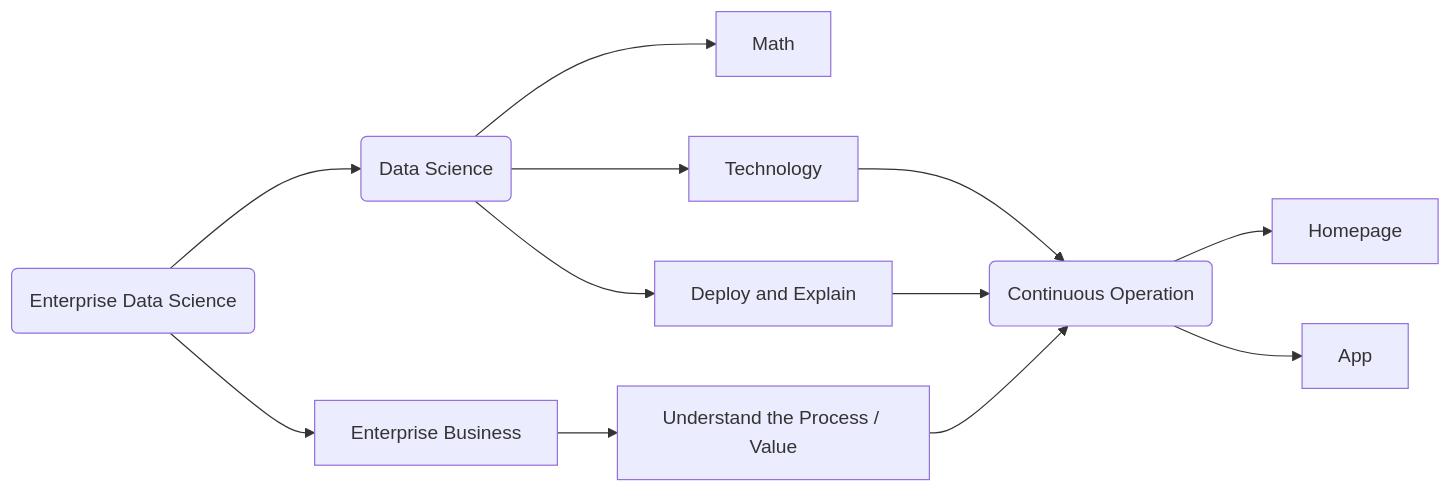
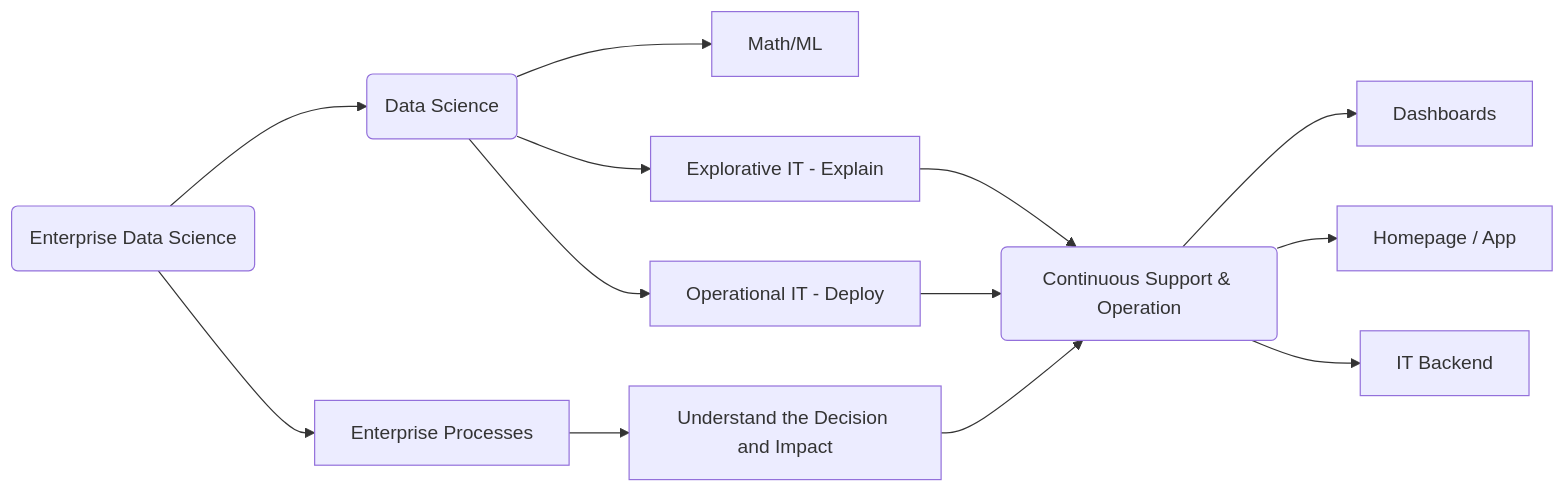
The diagram in docs/_docs/overview.md (kienlef/kienlef.github.io), drawn with Mermaid before and after one commit.

Commit message:
some more

````diff
--- a/docs/_docs/overview.md
+++ b/docs/_docs/overview.md
@@ -27,24 +27,26 @@
 ```mermaid
 graph LR;
     A0(Enterprise Data Science)
     B0(Data Science)
-    B1[Enterprise Business]
-    C0[Math]
-    C1[Technology]
-    C2[Deploy and Explain]
-    D0[Understand the Process / Value]
-    E0(Continuous Operation)
-    F0[Homepage]
-    F1[App]
+    B1[Enterprise Processes]
+    C0[Math/ML]
+    C1[Explorative IT - Explain]
+    C2[Operational IT - Deploy]
+    D0[Understand the Decision and Impact]
+    E0(Continuous Support & Operation)
+    F0[Dashboards]
+    F1[Homepage / App]
+    F2[IT Backend]
     A0-->B0;
     A0-->B1;
     B0-->C0;
     B0-->C1;
     B0-->C2;
     B1-->D0;
     C1-->E0
     C2-->E0
     D0-->E0
     E0-->F0
     E0-->F1
+    E0-->F2
 ```
````
